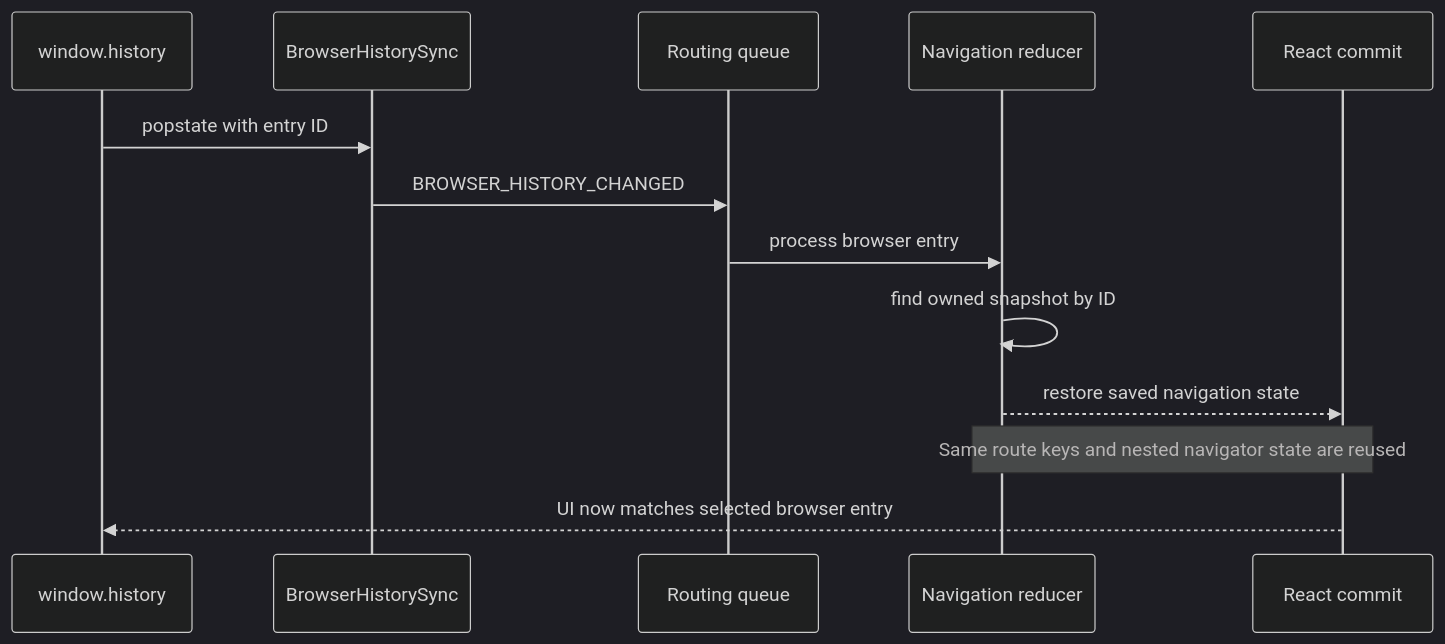
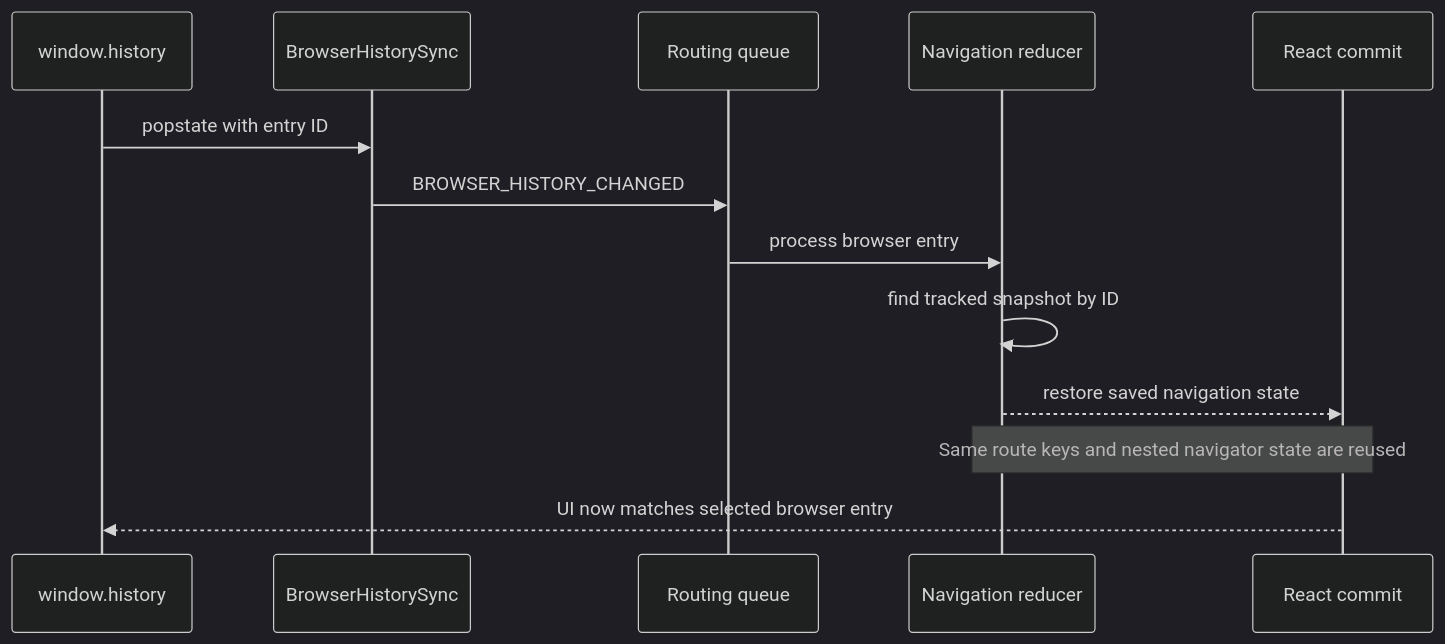
Before and after one commit to expo/expo: the third of 3 diagrams in PR_EXPLAINED.md, drawn with Mermaid (dark theme). The commit also changed other lines of this file and 9 other files, not shown here.

Commit message:
[router][web] Rename owned history entries to tracked

````diff
--- a/PR_EXPLAINED.md
+++ b/PR_EXPLAINED.md
@@ -327,16 +327,16 @@
 ```mermaid
 sequenceDiagram
     participant Browser as window.history
     participant Sync as BrowserHistorySync
     participant Queue as Routing queue
     participant Reducer as Navigation reducer
     participant React as React commit
 
     Browser->>Sync: popstate with entry ID
     Sync->>Queue: BROWSER_HISTORY_CHANGED
     Queue->>Reducer: process browser entry
-    Reducer->>Reducer: find owned snapshot by ID
+    Reducer->>Reducer: find tracked snapshot by ID
     Reducer-->>React: restore saved navigation state
     Note over Reducer,React: Same route keys and nested navigator state are reused
     React-->>Browser: UI now matches selected browser entry
 ```
````
